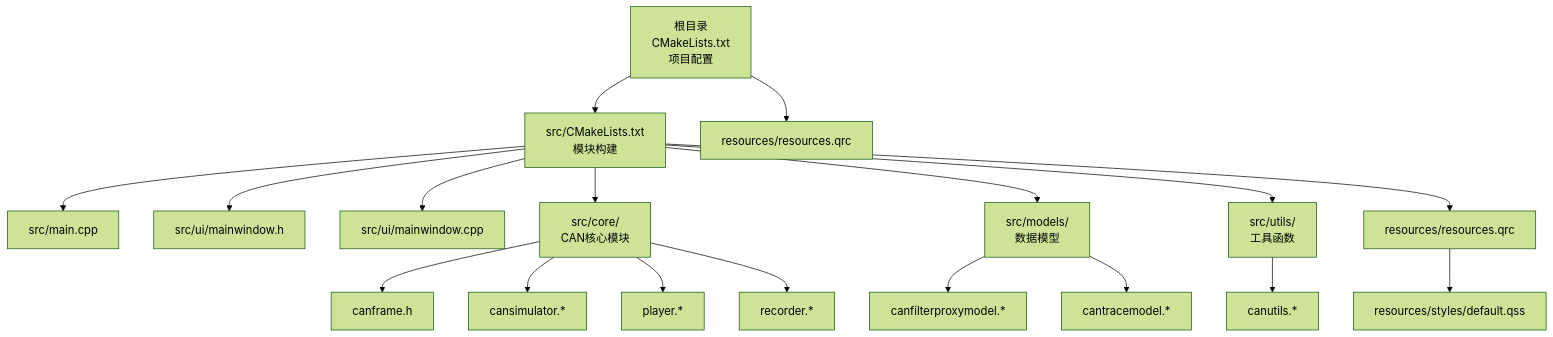
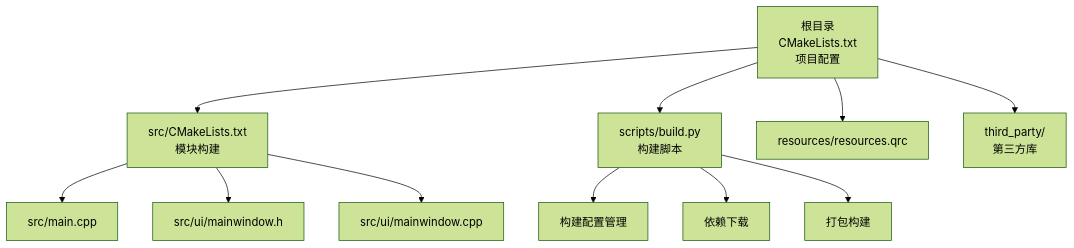
The first of 4 diagrams in .qoder/repowiki/zh/content/构建和部署/CMake构建配置.md (jakecai1225-design/OpenBus), drawn with Mermaid (forest theme) before and after one commit. The commit also changed other lines of this file and 215 other files, not shown here.

````diff
--- a/.qoder/repowiki/zh/content/构建和部署/CMake构建配置.md
+++ b/.qoder/repowiki/zh/content/构建和部署/CMake构建配置.md
@@ -77,20 +52,13 @@
 ```mermaid
 graph TB
 root["根目录<br/>CMakeLists.txt<br/>项目配置"] --> sub_src["src/CMakeLists.txt<br/>模块构建"]
+root --> scripts["scripts/build.py<br/>构建脚本"]
 root --> res_qrc["resources/resources.qrc"]
+root --> third_party["third_party/<br/>第三方库"]
 sub_src --> main_cpp["src/main.cpp"]
 sub_src --> ui_h["src/ui/mainwindow.h"]
 sub_src --> ui_cpp["src/ui/mainwindow.cpp"]
-sub_src --> core_dir["src/core/<br/>CAN核心模块"]
-sub_src --> models_dir["src/models/<br/>数据模型"]
-sub_src --> utils_dir["src/utils/<br/>工具函数"]
-core_dir --> canframe["canframe.h"]
-core_dir --> cansim["cansimulator.*"]
-core_dir --> player["player.*"]
-core_dir --> recorder["recorder.*"]
-models_dir --> filtermodel["canfilterproxymodel.*"]
-models_dir --> tracemodel["cantracemodel.*"]
-utils_dir --> canutils["canutils.*"]
-sub_src --> qrc["resources/resources.qrc"]
-qrc --> qss["resources/styles/default.qss"]
+scripts --> build_config["构建配置管理"]
+scripts --> dep_download["依赖下载"]
+scripts --> package_build["打包构建"]
 ```
````
